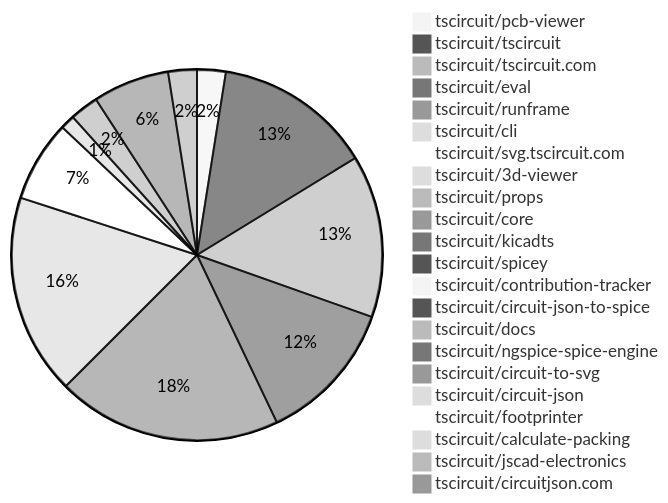
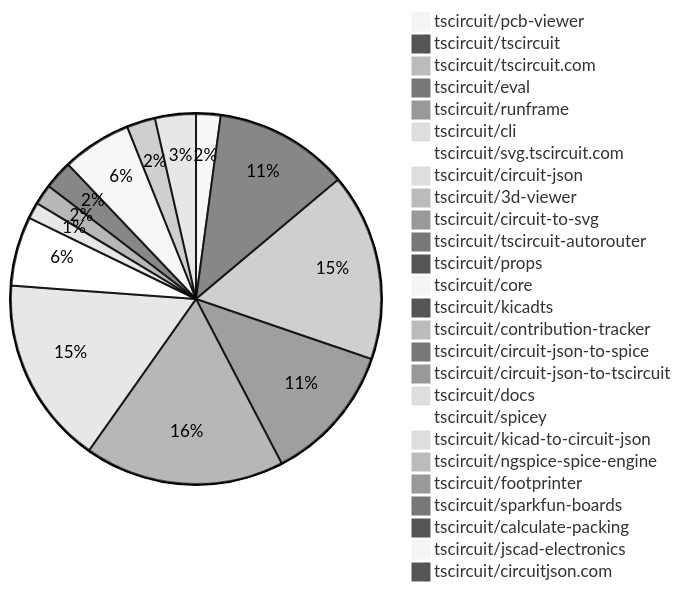
Before and after one commit to tscircuit/contribution-tracker: the first of 2 diagrams in README.md, drawn with Mermaid (neutral theme). The commit also changed other lines of this file and 3 other files, not shown here.

````diff
--- a/README.md
+++ b/README.md
@@ -29,25 +29,29 @@
 ```mermaid
 pie
     "tscircuit/pcb-viewer" : 6
     "tscircuit/tscircuit" : 33
-    "tscircuit/tscircuit.com" : 34
-    "tscircuit/eval" : 30
-    "tscircuit/runframe" : 47
-    "tscircuit/cli" : 42
+    "tscircuit/tscircuit.com" : 46
+    "tscircuit/eval" : 34
+    "tscircuit/runframe" : 49
+    "tscircuit/cli" : 46
     "tscircuit/svg.tscircuit.com" : 17
+    "tscircuit/circuit-json" : 4
     "tscircuit/3d-viewer" : 3
-    "tscircuit/props" : 6
-    "tscircuit/core" : 16
+    "tscircuit/circuit-to-svg" : 5
+    "tscircuit/tscircuit-autorouter" : 1
+    "tscircuit/props" : 7
+    "tscircuit/core" : 17
     "tscircuit/kicadts" : 1
+    "tscircuit/contribution-tracker" : 7
+    "tscircuit/circuit-json-to-spice" : 2
+    "tscircuit/circuit-json-to-tscircuit" : 1
+    "tscircuit/docs" : 10
     "tscircuit/spicey" : 1
-    "tscircuit/contribution-tracker" : 2
-    "tscircuit/circuit-json-to-spice" : 2
-    "tscircuit/docs" : 6
+    "tscircuit/kicad-to-circuit-json" : 2
     "tscircuit/ngspice-spice-engine" : 2
-    "tscircuit/circuit-to-svg" : 2
-    "tscircuit/circuit-json" : 1
     "tscircuit/footprinter" : 1
+    "tscircuit/sparkfun-boards" : 1
     "tscircuit/calculate-packing" : 1
-    "tscircuit/jscad-electronics" : 2
+    "tscircuit/jscad-electronics" : 3
     "tscircuit/circuitjson.com" : 1
 ```
````
